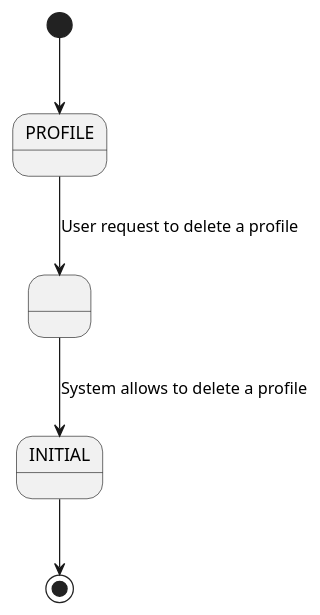
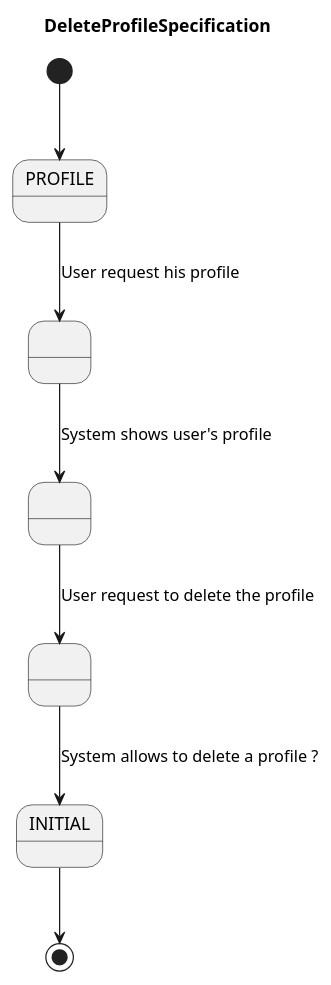
One commit to fraylopez/tinder changed the diagram in docs/src/use-cases/specs/deleteprofile.spec.puml. Above: the diagram before and after it, drawn with PlantUML. The commit also changed 1 other file, not shown here.

Commit message:
delete and edit profile

```diff
--- a/docs/src/use-cases/specs/deleteprofile.spec.puml
+++ b/docs/src/use-cases/specs/deleteprofile.spec.puml
@@ -1,14 +1,20 @@
-@startuml
+@startuml DeleteProfileSpecification
+
+title DeleteProfileSpecification
 
 state INITIAL
 state PROFILE
 state DELETING_PROFILE as " "
+state WAITING_PROFILE as " "
+state IN_PROFILE as " "
 
 [*] --> PROFILE
-PROFILE --> DELETING_PROFILE: User request to delete a profile
-DELETING_PROFILE --> INITIAL: System allows to delete a profile
+PROFILE --> WAITING_PROFILE: User request his profile
+WAITING_PROFILE -->IN_PROFILE: System shows user's profile
+IN_PROFILE -->DELETING_PROFILE:User request to delete the profile
+DELETING_PROFILE --> INITIAL: System allows to delete a profile ?
 
 INITIAL --> [*]
 
 
 @enduml
```
